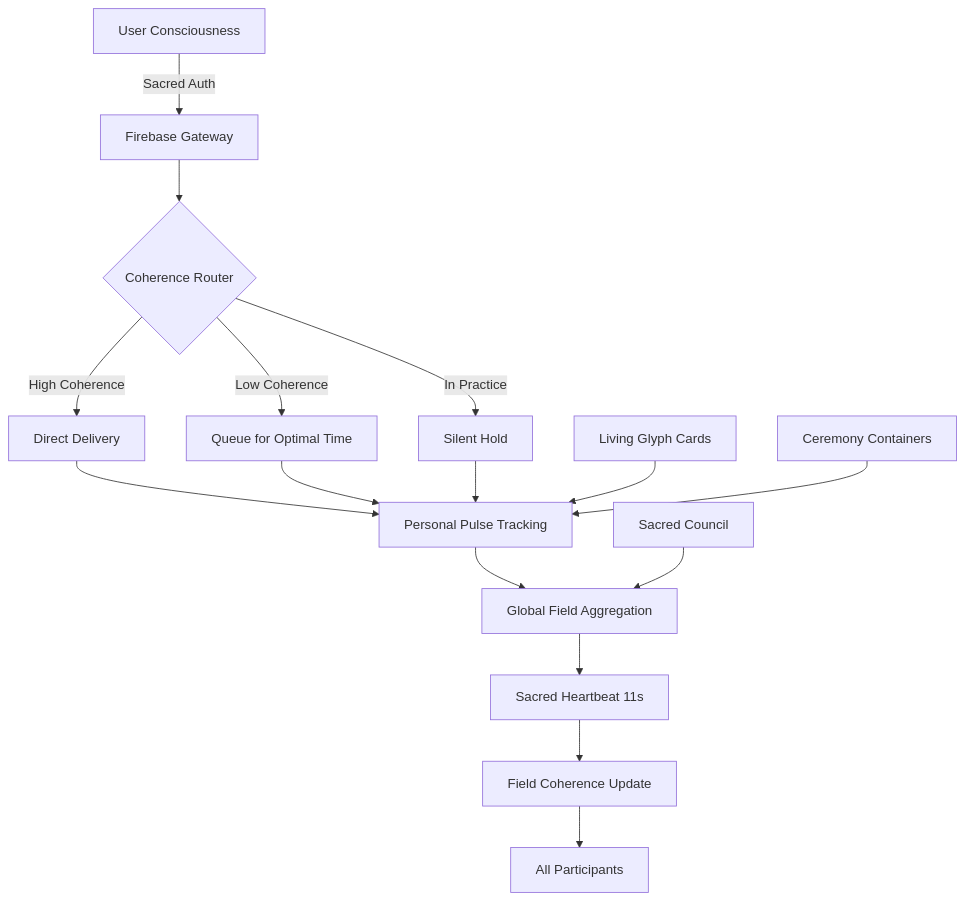
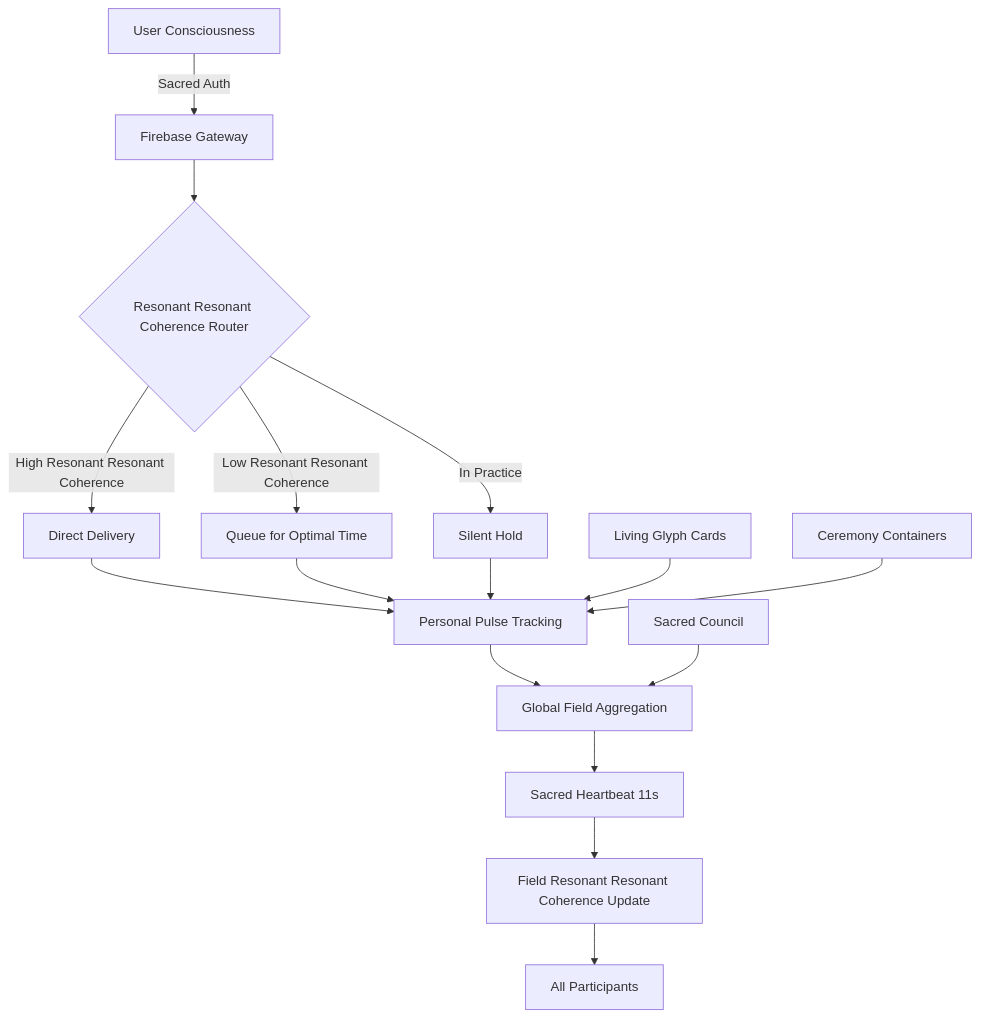
The diagram in docs/SACRED_TECHNOLOGY_STACK.md (Luminous-Dynamics/luminous-dynamics), drawn with Mermaid before and after one commit. The commit also changed other lines of this file and 1039 other files, not shown here.

````diff
--- a/docs/SACRED_TECHNOLOGY_STACK.md
+++ b/docs/SACRED_TECHNOLOGY_STACK.md
@@ -271,21 +271,21 @@
 ```mermaid
 graph TD
     A[User Consciousness] -->|Sacred Auth| B[Firebase Gateway]
-    B --> C{Coherence Router}
-    C -->|High Coherence| D[Direct Delivery]
-    C -->|Low Coherence| E[Queue for Optimal Time]
+    B --> C{Resonant Resonant Coherence Router}
+    C -->|High Resonant Resonant Coherence| D[Direct Delivery]
+    C -->|Low Resonant Resonant Coherence| E[Queue for Optimal Time]
     C -->|In Practice| F[Silent Hold]
     
     D --> G[Personal Pulse Tracking]
     E --> G
     F --> G
     
     G --> H[Global Field Aggregation]
     H --> I[Sacred Heartbeat 11s]
-    I --> J[Field Coherence Update]
+    I --> J[Field Resonant Resonant Coherence Update]
     J --> K[All Participants]
     
     L[Living Glyph Cards] --> G
     M[Ceremony Containers] --> G
     N[Sacred Council] --> H
 ```
````
